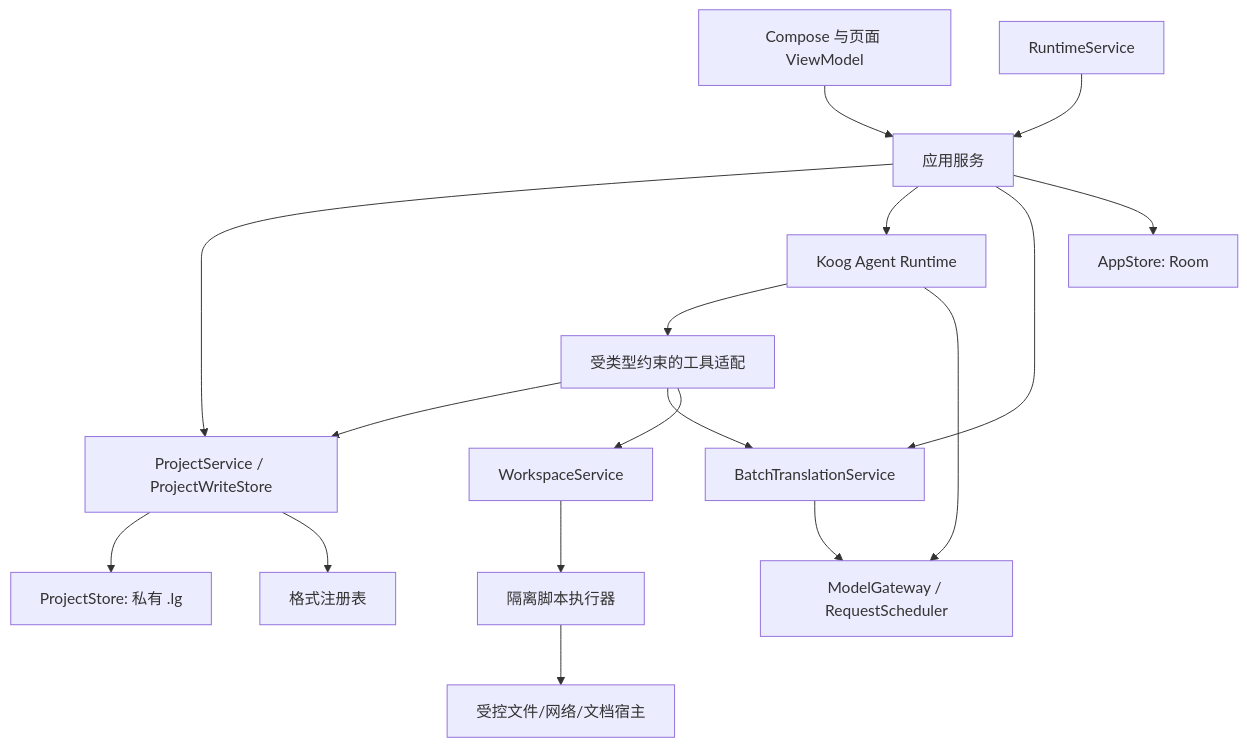
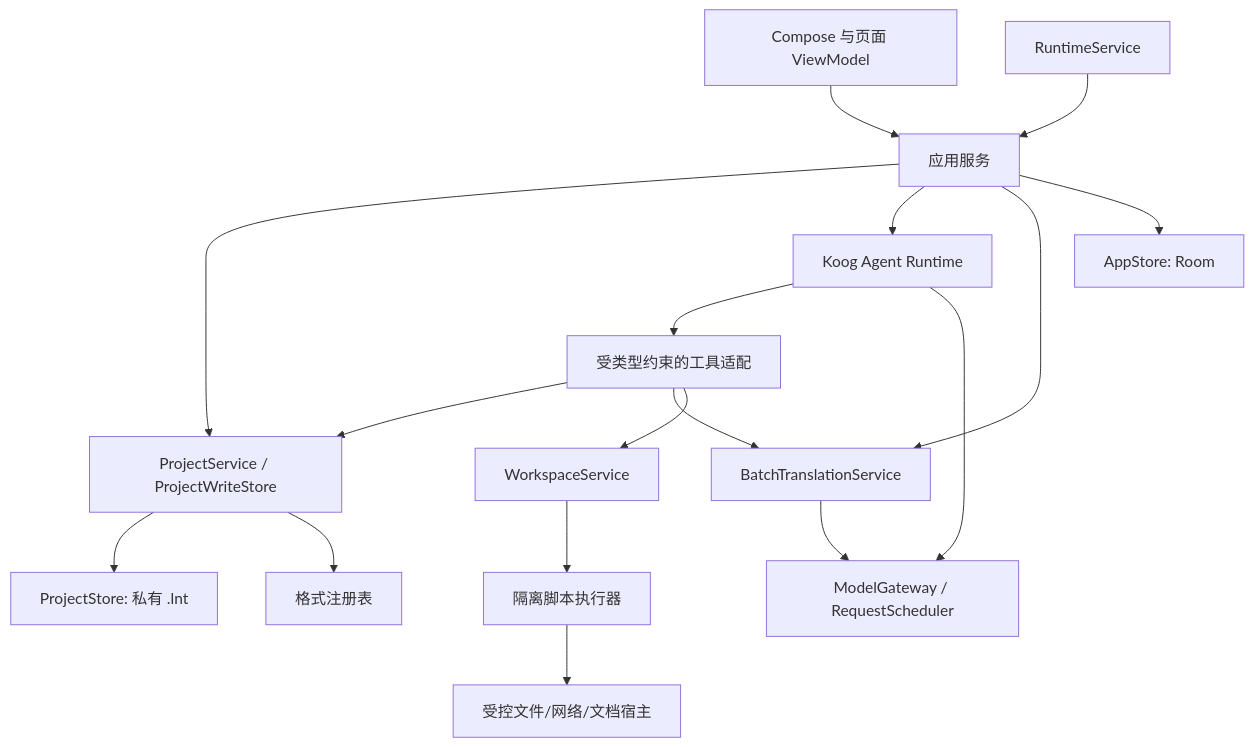
The diagram in docs/plans/2026-10-22-native-lg-rebuild/ARCHITECTURE.md (breakyuna/LightNovelTranslator), drawn with Mermaid before and after one commit. The commit also changed other lines of this file and 24 other files, not shown here.

````diff
--- a/docs/plans/2026-10-22-native-lg-rebuild/ARCHITECTURE.md
+++ b/docs/plans/2026-10-22-native-lg-rebuild/ARCHITECTURE.md
@@ -28,19 +28,19 @@
 ```mermaid
 flowchart TD
     UI[Compose 与页面 ViewModel] --> App[应用服务]
     Service[RuntimeService] --> App
     App --> Project[ProjectService / ProjectWriteStore]
     App --> Agent[Koog Agent Runtime]
     Agent --> Tools[受类型约束的工具适配]
     Tools --> Project
     Tools --> Batch[BatchTranslationService]
     Tools --> Workspace[WorkspaceService]
     App --> Batch
     Batch --> Models[ModelGateway / RequestScheduler]
     Agent --> Models
-    Project --> ProjectDb[ProjectStore: 私有 .lg]
+    Project --> ProjectDb[ProjectStore: 私有 .lnt]
     App --> RuntimeDb[AppStore: Room]
     Project --> Formats[格式注册表]
     Workspace --> Script[隔离脚本执行器]
     Script --> Host[受控文件/网络/文档宿主]
 ```
````
